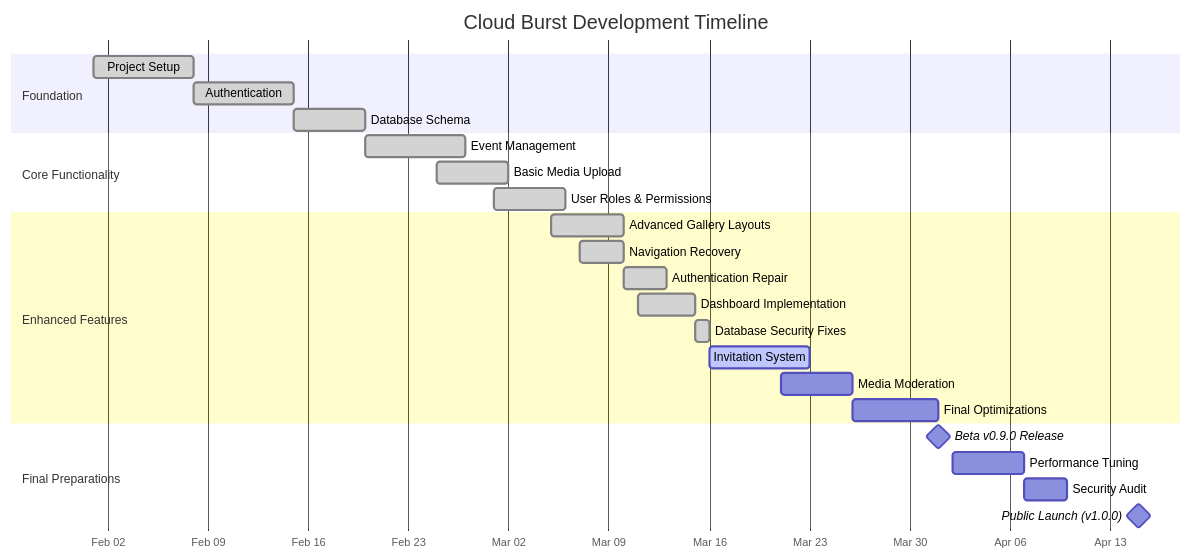
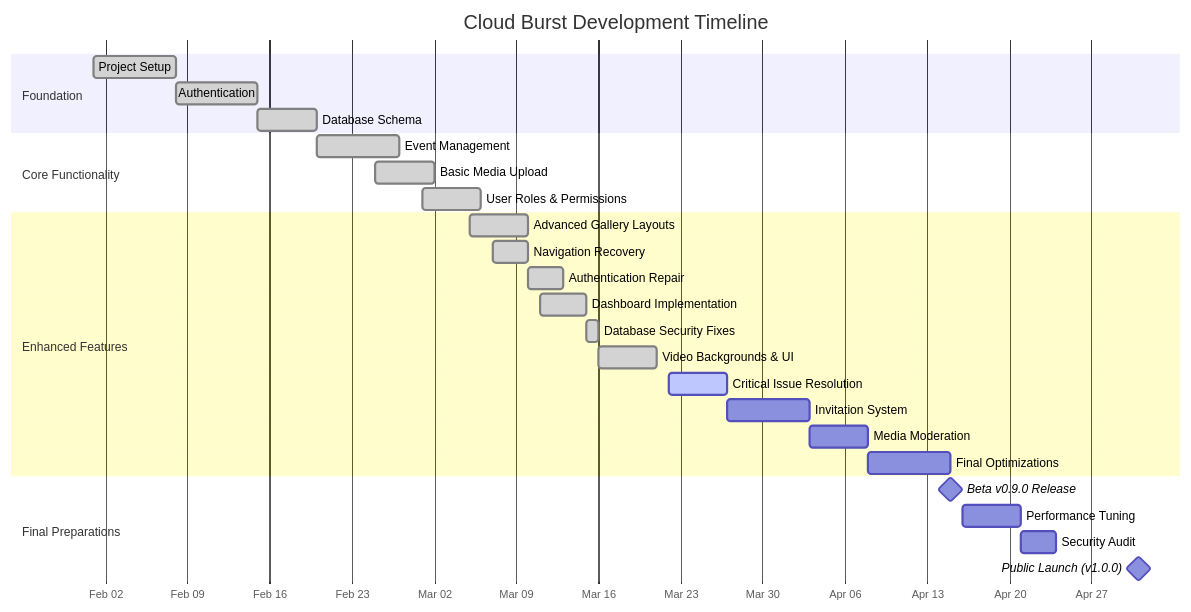
One commit to mrj0nesmtl/cloud-burst changed the first of 2 diagrams in docs/planning/roadmap.md. Above: the diagram before and after it, drawn with Mermaid. The commit also changed other lines of this file and 6 other files, not shown here.

Commit message:
Update documentation for Session 25 with critical issues and roadmap adjustments

````diff
--- a/docs/planning/roadmap.md
+++ b/docs/planning/roadmap.md
@@ -44,32 +54,34 @@
 ```mermaid
 gantt
     title Cloud Burst Development Timeline
     dateFormat  YYYY-MM-DD
     axisFormat %b %d
     
     section Foundation
     Project Setup           :done, f1, 2025-02-01, 7d
     Authentication          :done, f2, 2025-02-08, 7d
     Database Schema         :done, f3, 2025-02-15, 5d
     
     section Core Functionality
     Event Management        :done, c1, 2025-02-20, 7d
     Basic Media Upload      :done, c2, 2025-02-25, 5d
     User Roles & Permissions:done, c3, 2025-03-01, 5d
     
     section Enhanced Features
     Advanced Gallery Layouts:done, e1, 2025-03-05, 5d
     Navigation Recovery     :done, e2, 2025-03-07, 3d
     Authentication Repair   :done, e3, 2025-03-10, 3d
     Dashboard Implementation:done, e4, 2025-03-11, 4d
     Database Security Fixes :done, e5, 2025-03-15, 1d
-    Invitation System       :active, e6, 2025-03-16, 7d
-    Media Moderation        :e7, 2025-03-21, 5d
-    Final Optimizations     :e8, 2025-03-26, 6d
+    Video Backgrounds & UI  :done, e6, 2025-03-16, 5d
+    Critical Issue Resolution:active, e7, 2025-03-22, 5d
+    Invitation System       :e8, 2025-03-27, 7d
+    Media Moderation        :e9, 2025-04-03, 5d
+    Final Optimizations     :e10, 2025-04-08, 7d
     
     section Final Preparations
-    Beta v0.9.0 Release     :milestone, b1, 2025-04-01, 0d
-    Performance Tuning      :o1, 2025-04-02, 5d
-    Security Audit          :o2, 2025-04-07, 3d
-    Public Launch (v1.0.0)  :milestone, l3, 2025-04-15, 0d
+    Beta v0.9.0 Release     :milestone, b1, 2025-04-15, 0d
+    Performance Tuning      :o1, 2025-04-16, 5d
+    Security Audit          :o2, 2025-04-21, 3d
+    Public Launch (v1.0.0)  :milestone, l3, 2025-05-01, 0d
 ```
````
